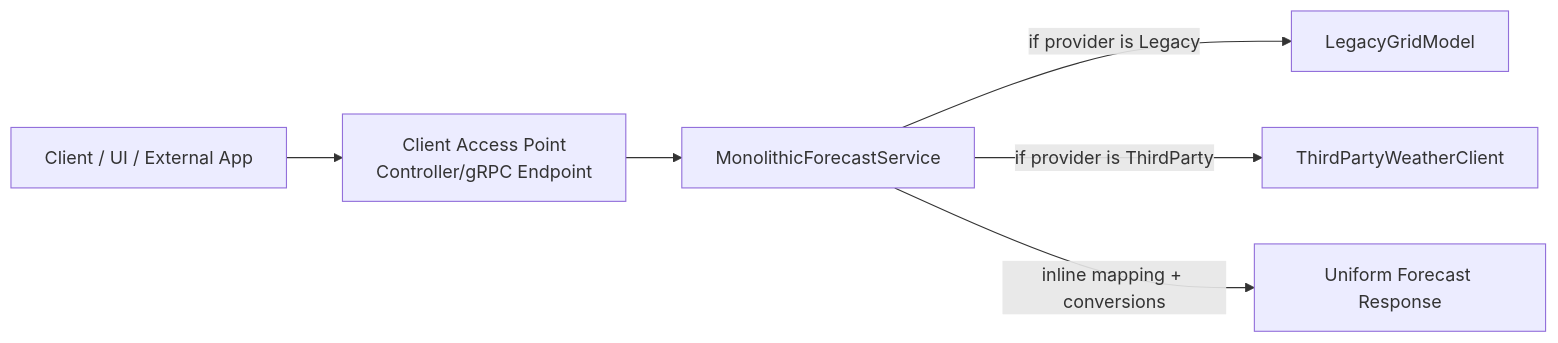
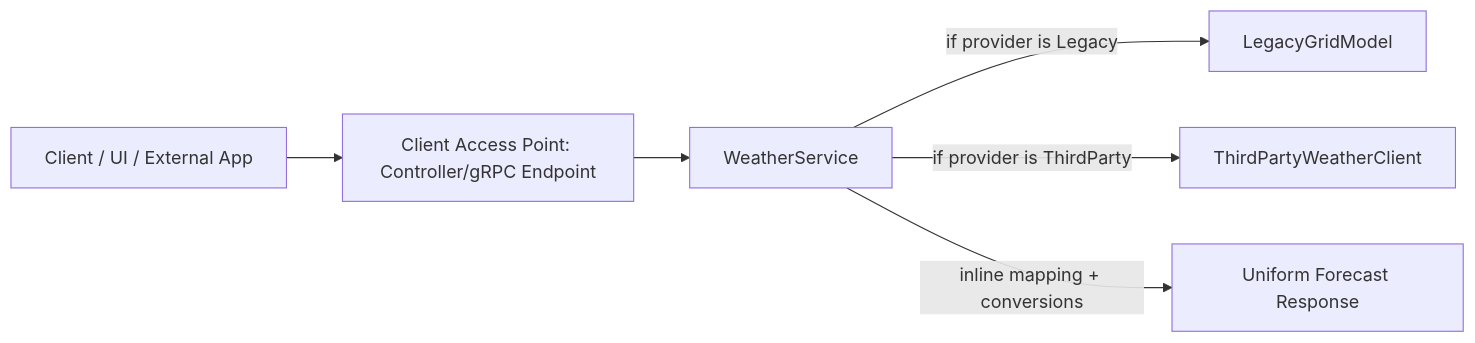
The first of 7 diagrams in Client/wwwroot/blogs/technology/designpatterns/Adapter_Pattern_Clean_Architecture_Guide.md (rushikeshsane95/rushi-webapp), drawn with Mermaid before and after one commit. The commit also changed other lines of this file and 5 other files, not shown here.

````diff
--- a/Client/wwwroot/blogs/technology/designpatterns/Adapter_Pattern_Clean_Architecture_Guide.md
+++ b/Client/wwwroot/blogs/technology/designpatterns/Adapter_Pattern_Clean_Architecture_Guide.md
@@ -37,10 +59,10 @@
 ```mermaid
 flowchart LR
-Client[Client / UI / External App] --> AP[Client Access Point\nController/gRPC Endpoint]
-AP --> S[MonolithicForecastService]
+Client[Client / UI / External App] --> AP[Client Access Point: Controller/gRPC Endpoint]
+AP --> S[WeatherService]
 
 S -->|if provider is Legacy| Legacy[LegacyGridModel]
 S -->|if provider is ThirdParty| TP[ThirdPartyWeatherClient]
 
 S -->|inline mapping + conversions| Canon[Uniform Forecast Response]
 ```
````
